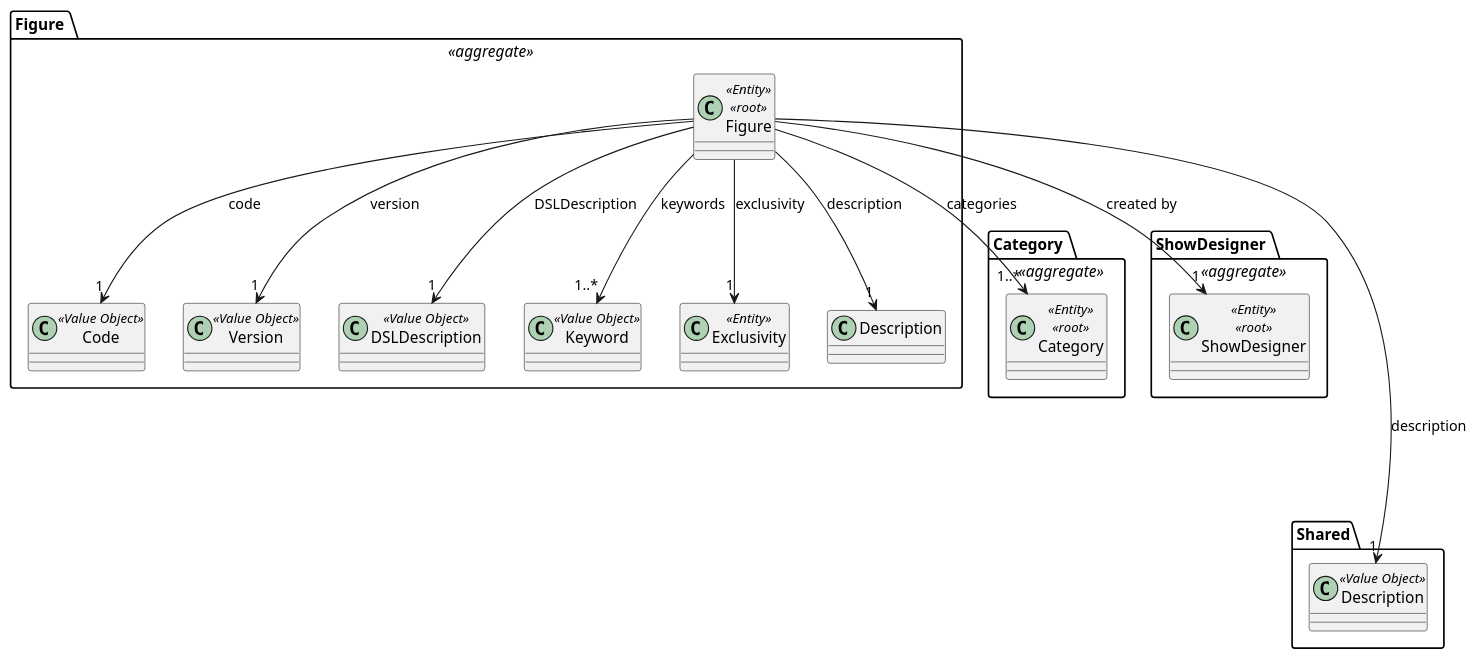
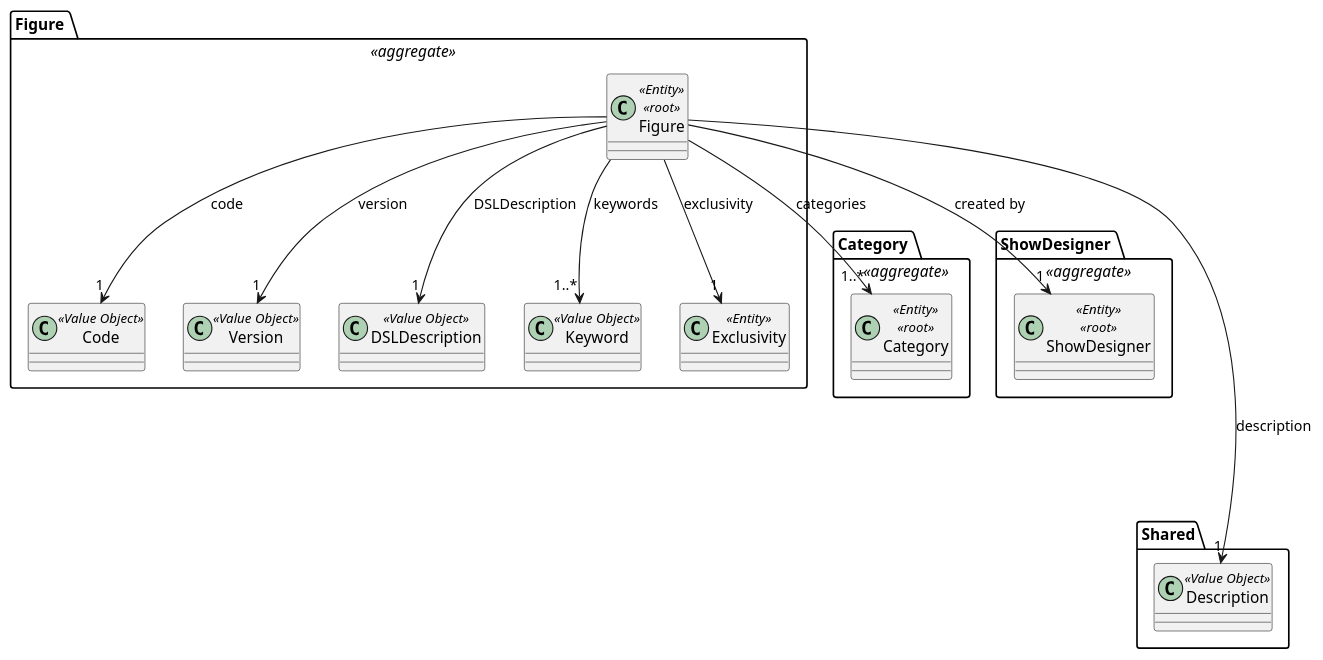
Before and after one commit to diogoveirospro/sem4pi-2024-2025-sem4pi_2024_2025_g44: the diagram in docs/SPRINT_2/US233/puml/domain_model_us233.puml, drawn with PlantUML. The commit also changed 7 other files, not shown here.

```diff
--- a/docs/SPRINT_2/US233/puml/domain_model_us233.puml
+++ b/docs/SPRINT_2/US233/puml/domain_model_us233.puml
@@ -1,61 +1,60 @@
 @startuml
 
 package "Figure " <<aggregate>> {
 
     class Figure <<Entity>> <<root>>{
     }
 
     class Code <<Value Object>>{
     }
 
     class Version <<Value Object>>{
     }
 
     class DSLDescription <<Value Object>>{
     }
 
     class Keyword <<Value Object>>{
     }
 
     class Exclusivity <<Entity>>{
     }
 
 
     'Figure -> x
     Figure --> "1" DSLDescription: DSLDescription
     Figure --> "1..*" Keyword: keywords
     Figure --> "1" Exclusivity: exclusivity
     Figure --> "1" Code: code
     Figure --> "1" Version: version
-    Figure --> "1" Description: description
 
 }
 
 package "Category " <<aggregate>>{
 
     class Category <<Entity>> <<root>>{
     }
 
     'Figure -> x
     Figure --> "1..*" Category: categories
 }
 
 package "ShowDesigner " <<aggregate>>{
 
     class ShowDesigner <<Entity>> <<root>>{
     }
 
     'Figure -> x
     Figure --> "1" ShowDesigner: created by
 }
 
 package "Shared" {
 
     class Description <<Value Object>>{
     }
 
     'Figure -> x
     Figure ----> "1" Description: description
 }
 
 @enduml
```
